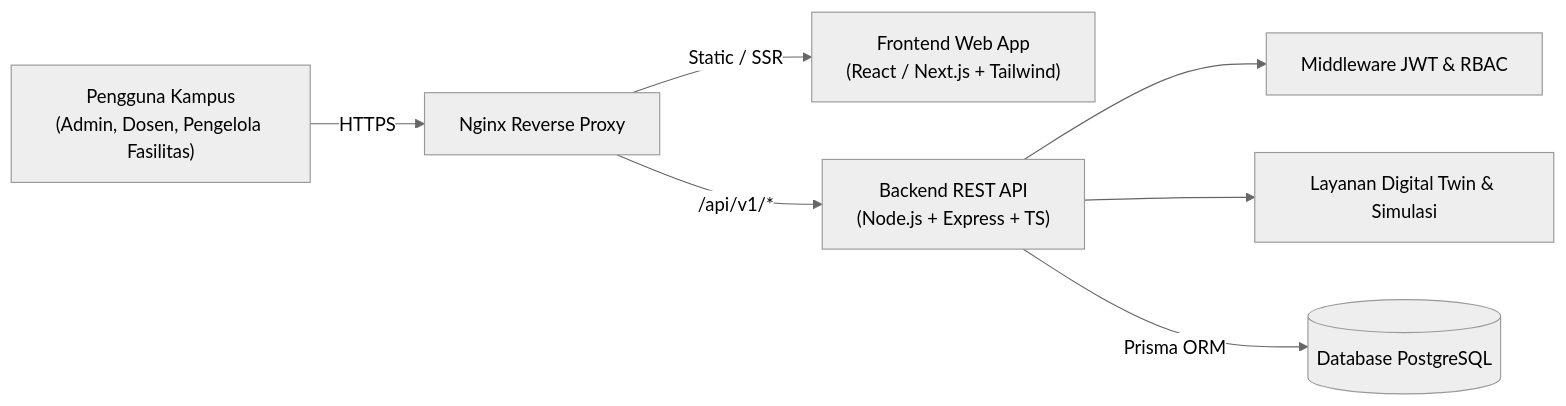
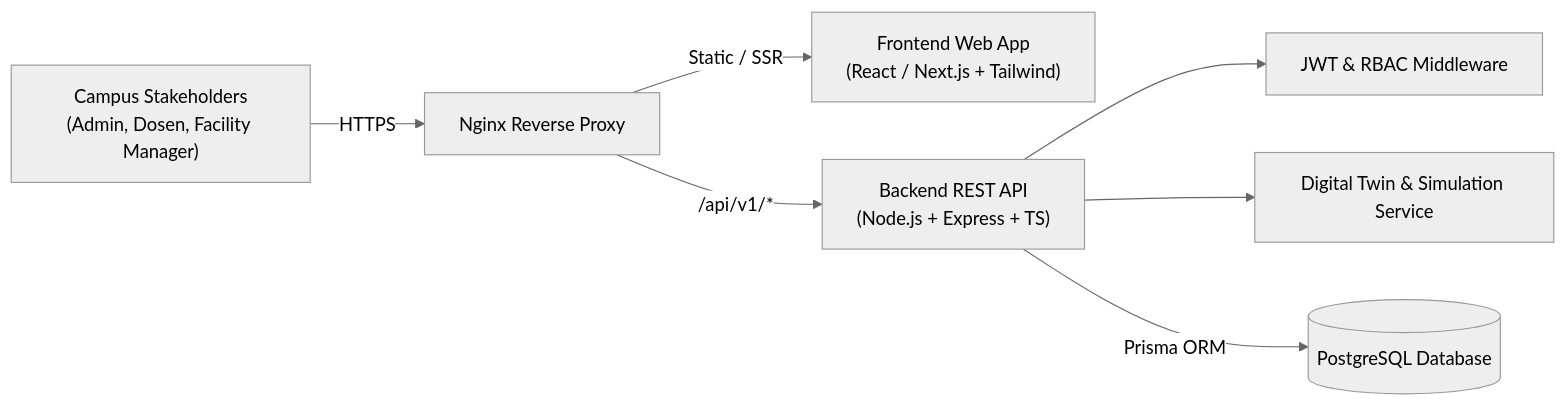
One commit to agilramadhann/Kelompok-3 changed the diagram in README.md. Above: the diagram before and after it, drawn with Mermaid (neutral theme). The commit also changed other lines of this file, not shown here.

````diff
--- a/README.md
+++ b/README.md
@@ -380,14 +289,9 @@
 ```mermaid
 flowchart LR
-    User["Pengguna Kampus\n(Admin, Dosen, Pengelola Fasilitas)"] -->|HTTPS| Nginx["Nginx Reverse Proxy"]
-
+    User["Campus Stakeholders\n(Admin, Dosen, Facility Manager)"] -->|HTTPS| Nginx["Nginx Reverse Proxy"]
     Nginx -->|Static / SSR| FE["Frontend Web App\n(React / Next.js + Tailwind)"]
-
     Nginx -->|/api/v1/*| BE["Backend REST API\n(Node.js + Express + TS)"]
-
-    BE --> Auth["Middleware JWT & RBAC"]
-
-    BE --> Sim["Layanan Digital Twin & Simulasi"]
-
-    BE -->|Prisma ORM| DB[("Database PostgreSQL")]
+    BE --> Auth["JWT & RBAC Middleware"]
+    BE --> Sim["Digital Twin & Simulation Service"]
+    BE -->|Prisma ORM| DB[("PostgreSQL Database")]
 ```
````
